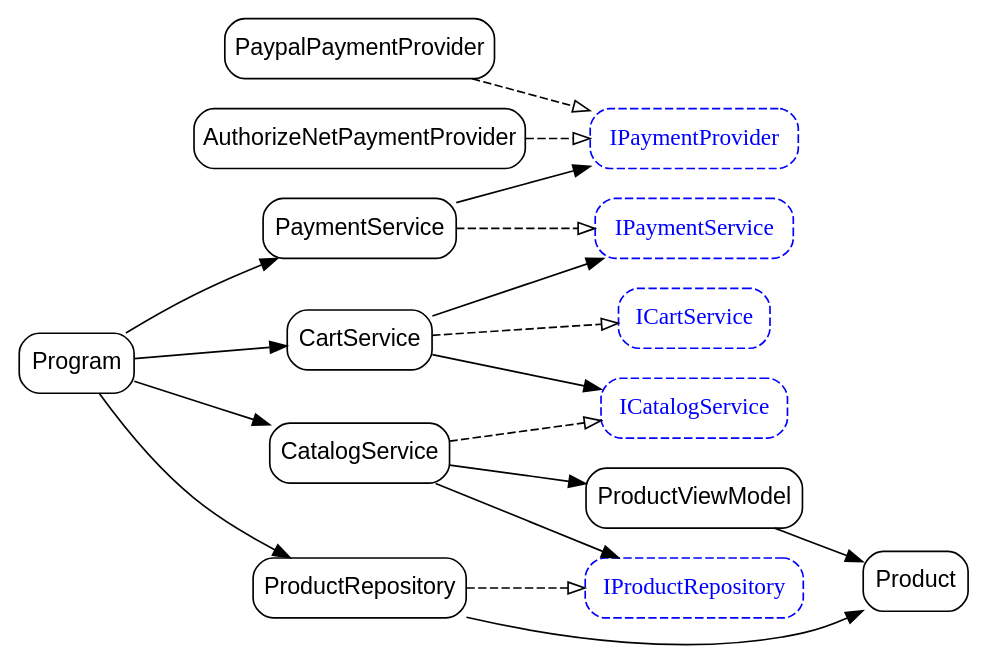
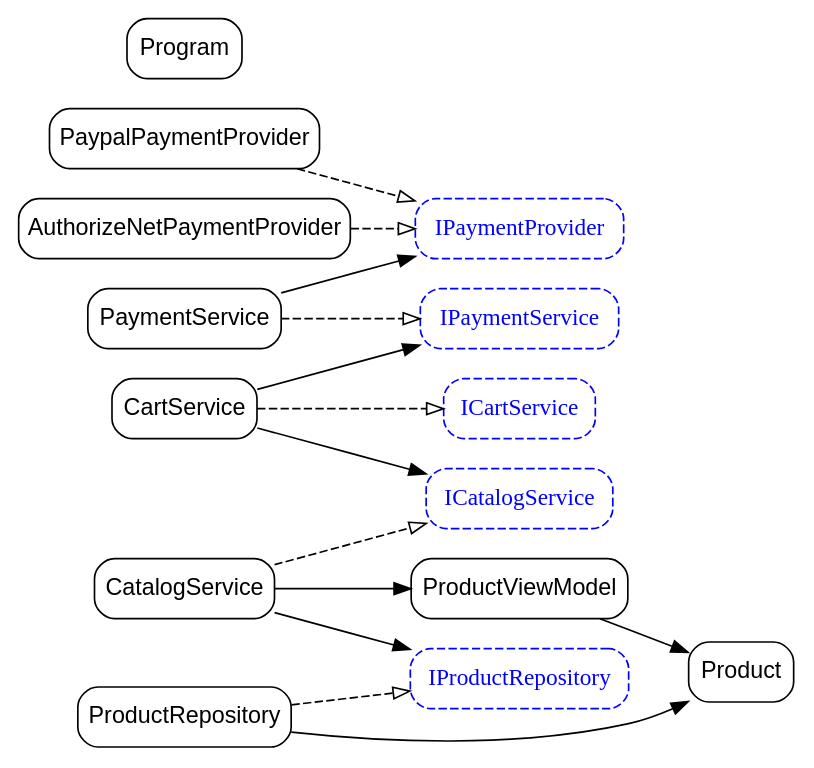
The diagram in class-dependencies.dot (valadas/DependencyInjectionDemo), drawn with Graphviz before and after one commit. The commit also changed 2 other files, not shown here.

Commit message:
Implemented dependency injection

```diff
--- a/class-dependencies.dot
+++ b/class-dependencies.dot
@@ -1,36 +1,32 @@
 digraph ClassDependencies {
     rankdir=LR;
     node [shape=box, style=rounded, fontname="Arial"];
         "DependencyInjectionDemo.Services.Payment.Providers.IPaymentProvider" [label="IPaymentProvider", style="dashed,rounded", fontname="Arial Italic", color="blue", fontcolor="blue"];
     "DependencyInjectionDemo.Services.Catalog.Data.Entiities.Product" [label="Product"];
     "DependencyInjectionDemo.Services.Catalog.Data.ViewModels.ProductViewModel" [label="ProductViewModel"];
     "DependencyInjectionDemo.Services.Catalog.ICatalogService" [label="ICatalogService", style="dashed,rounded", fontname="Arial Italic", color="blue", fontcolor="blue"];
     "DependencyInjectionDemo.Services.Catalog.CatalogService" [label="CatalogService"];
     "DependencyInjectionDemo.Services.Payment.Providers.PaypalPaymentProvider" [label="PaypalPaymentProvider"];
     "DependencyInjectionDemo.Services.Cart.ICartService" [label="ICartService", style="dashed,rounded", fontname="Arial Italic", color="blue", fontcolor="blue"];
     "DependencyInjectionDemo.Services.Payment.IPaymentService" [label="IPaymentService", style="dashed,rounded", fontname="Arial Italic", color="blue", fontcolor="blue"];
     "DependencyInjectionDemo.Services.Catalog.Data.Repositories.IProductRepository" [label="IProductRepository", style="dashed,rounded", fontname="Arial Italic", color="blue", fontcolor="blue"];
     "DependencyInjectionDemo.Services.Catalog.Data.Repositories.ProductRepository" [label="ProductRepository"];
     "DependencyInjectionDemo.Services.Payment.Providers.AuthorizeNetPaymentProvider" [label="AuthorizeNetPaymentProvider"];
     "DependencyInjectionDemo.Services.Cart.CartService" [label="CartService"];
     "DependencyInjectionDemo.Services.Payment.PaymentService" [label="PaymentService"];
     "DependencyInjectionDemo.Program" [label="Program"];
 
     "DependencyInjectionDemo.Services.Catalog.Data.ViewModels.ProductViewModel" -> "DependencyInjectionDemo.Services.Catalog.Data.Entiities.Product";
     "DependencyInjectionDemo.Services.Catalog.CatalogService" -> "DependencyInjectionDemo.Services.Catalog.Data.Repositories.IProductRepository";
     "DependencyInjectionDemo.Services.Catalog.CatalogService" -> "DependencyInjectionDemo.Services.Catalog.Data.ViewModels.ProductViewModel";
     "DependencyInjectionDemo.Services.Catalog.Data.Repositories.ProductRepository" -> "DependencyInjectionDemo.Services.Catalog.Data.Entiities.Product";
     "DependencyInjectionDemo.Services.Cart.CartService" -> "DependencyInjectionDemo.Services.Catalog.ICatalogService";
     "DependencyInjectionDemo.Services.Cart.CartService" -> "DependencyInjectionDemo.Services.Payment.IPaymentService";
     "DependencyInjectionDemo.Services.Payment.PaymentService" -> "DependencyInjectionDemo.Services.Payment.Providers.IPaymentProvider";
-    "DependencyInjectionDemo.Program" -> "DependencyInjectionDemo.Services.Catalog.Data.Repositories.ProductRepository";
-    "DependencyInjectionDemo.Program" -> "DependencyInjectionDemo.Services.Catalog.CatalogService";
-    "DependencyInjectionDemo.Program" -> "DependencyInjectionDemo.Services.Payment.PaymentService";
-    "DependencyInjectionDemo.Program" -> "DependencyInjectionDemo.Services.Cart.CartService";
     "DependencyInjectionDemo.Services.Catalog.CatalogService" -> "DependencyInjectionDemo.Services.Catalog.ICatalogService" [arrowhead="empty", style="dashed"];
     "DependencyInjectionDemo.Services.Payment.Providers.PaypalPaymentProvider" -> "DependencyInjectionDemo.Services.Payment.Providers.IPaymentProvider" [arrowhead="empty", style="dashed"];
     "DependencyInjectionDemo.Services.Catalog.Data.Repositories.ProductRepository" -> "DependencyInjectionDemo.Services.Catalog.Data.Repositories.IProductRepository" [arrowhead="empty", style="dashed"];
     "DependencyInjectionDemo.Services.Payment.Providers.AuthorizeNetPaymentProvider" -> "DependencyInjectionDemo.Services.Payment.Providers.IPaymentProvider" [arrowhead="empty", style="dashed"];
     "DependencyInjectionDemo.Services.Cart.CartService" -> "DependencyInjectionDemo.Services.Cart.ICartService" [arrowhead="empty", style="dashed"];
     "DependencyInjectionDemo.Services.Payment.PaymentService" -> "DependencyInjectionDemo.Services.Payment.IPaymentService" [arrowhead="empty", style="dashed"];
 }
```
